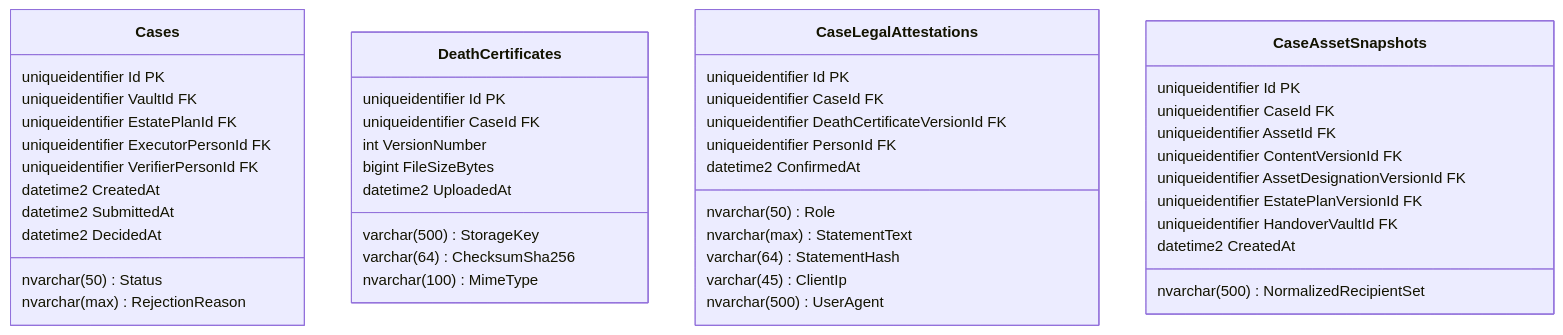
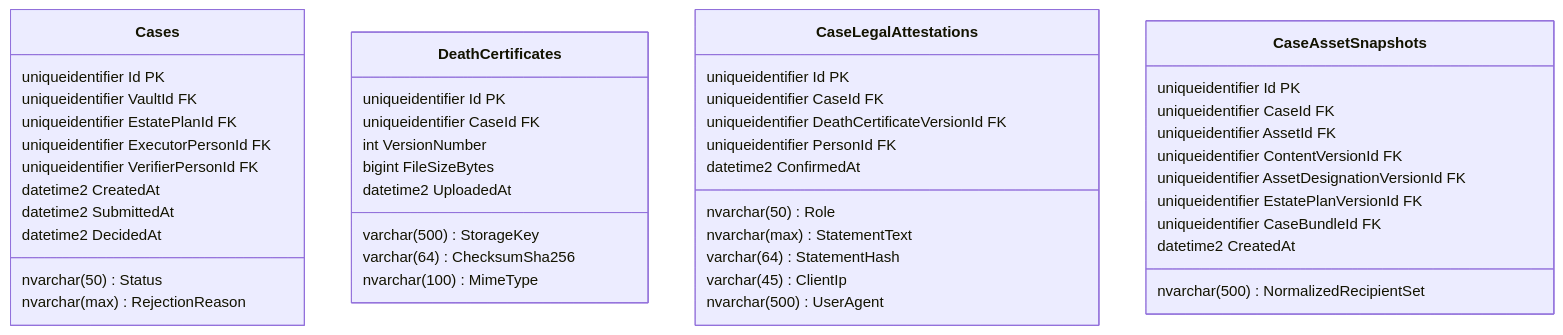
The fifth of 7 diagrams in docs/02_architecture/DATABASE_SCHEMA_ERD.md (Duykhobo/SWP-Prototype), drawn with Mermaid before and after one commit. The commit also changed other lines of this file and 3 other files, not shown here.

Commit message:
docs: add database schema ERD and handover swimlane diagrams for business flows

````diff
--- a/docs/02_architecture/DATABASE_SCHEMA_ERD.md
+++ b/docs/02_architecture/DATABASE_SCHEMA_ERD.md
@@ -290,51 +457,51 @@
 ```mermaid
 classDiagram
     class Cases {
         uniqueidentifier Id PK
         uniqueidentifier VaultId FK
         uniqueidentifier EstatePlanId FK
         uniqueidentifier ExecutorPersonId FK
         uniqueidentifier VerifierPersonId FK
         nvarchar(50) Status
         nvarchar(max) RejectionReason
         datetime2 CreatedAt
         datetime2 SubmittedAt
         datetime2 DecidedAt
     }
 
     class DeathCertificates {
         uniqueidentifier Id PK
         uniqueidentifier CaseId FK
         int VersionNumber
         varchar(500) StorageKey
         varchar(64) ChecksumSha256
         bigint FileSizeBytes
         nvarchar(100) MimeType
         datetime2 UploadedAt
     }
 
     class CaseLegalAttestations {
         uniqueidentifier Id PK
         uniqueidentifier CaseId FK
         uniqueidentifier DeathCertificateVersionId FK
         uniqueidentifier PersonId FK
         nvarchar(50) Role
         nvarchar(max) StatementText
         varchar(64) StatementHash
         datetime2 ConfirmedAt
         varchar(45) ClientIp
         nvarchar(500) UserAgent
     }
 
     class CaseAssetSnapshots {
         uniqueidentifier Id PK
         uniqueidentifier CaseId FK
         uniqueidentifier AssetId FK
         uniqueidentifier ContentVersionId FK
         uniqueidentifier AssetDesignationVersionId FK
         uniqueidentifier EstatePlanVersionId FK
-        uniqueidentifier HandoverVaultId FK
+        uniqueidentifier CaseBundleId FK
         nvarchar(500) NormalizedRecipientSet
         datetime2 CreatedAt
     }
 ```
````
